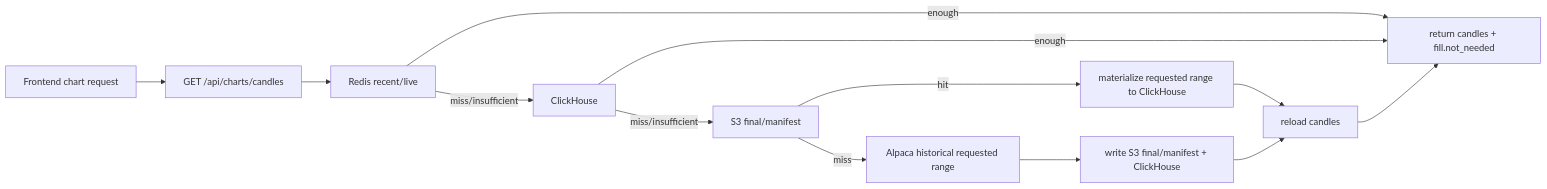
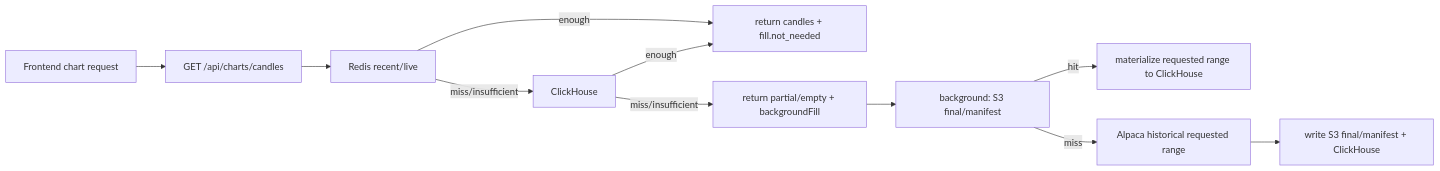
Before and after one commit to seunglee10/GOPS-BE: the diagram in docs/CHART_DATA_REBUILD_PLAN.md, drawn with Mermaid. The commit also changed other lines of this file and 10 other files, not shown here.

Commit message:
fix: make chart fill and realtime rendering nonblocking

````diff
--- a/docs/CHART_DATA_REBUILD_PLAN.md
+++ b/docs/CHART_DATA_REBUILD_PLAN.md
@@ -96,15 +97,13 @@
 ```mermaid
 flowchart LR
   UI["Frontend chart request"] --> API["GET /api/charts/candles"]
   API --> Redis["Redis recent/live"]
   Redis -->|enough| Done["return candles + fill.not_needed"]
   Redis -->|miss/insufficient| CH["ClickHouse"]
   CH -->|enough| Done
-  CH -->|miss/insufficient| S3["S3 final/manifest"]
+  CH -->|miss/insufficient| Partial["return partial/empty + backgroundFill"]
+  Partial --> S3["background: S3 final/manifest"]
   S3 -->|hit| Mat["materialize requested range to ClickHouse"]
-  Mat --> Reload["reload candles"]
-  Reload --> Done
   S3 -->|miss| Alpaca["Alpaca historical requested range"]
   Alpaca --> Write["write S3 final/manifest + ClickHouse"]
-  Write --> Reload
 ```
````
